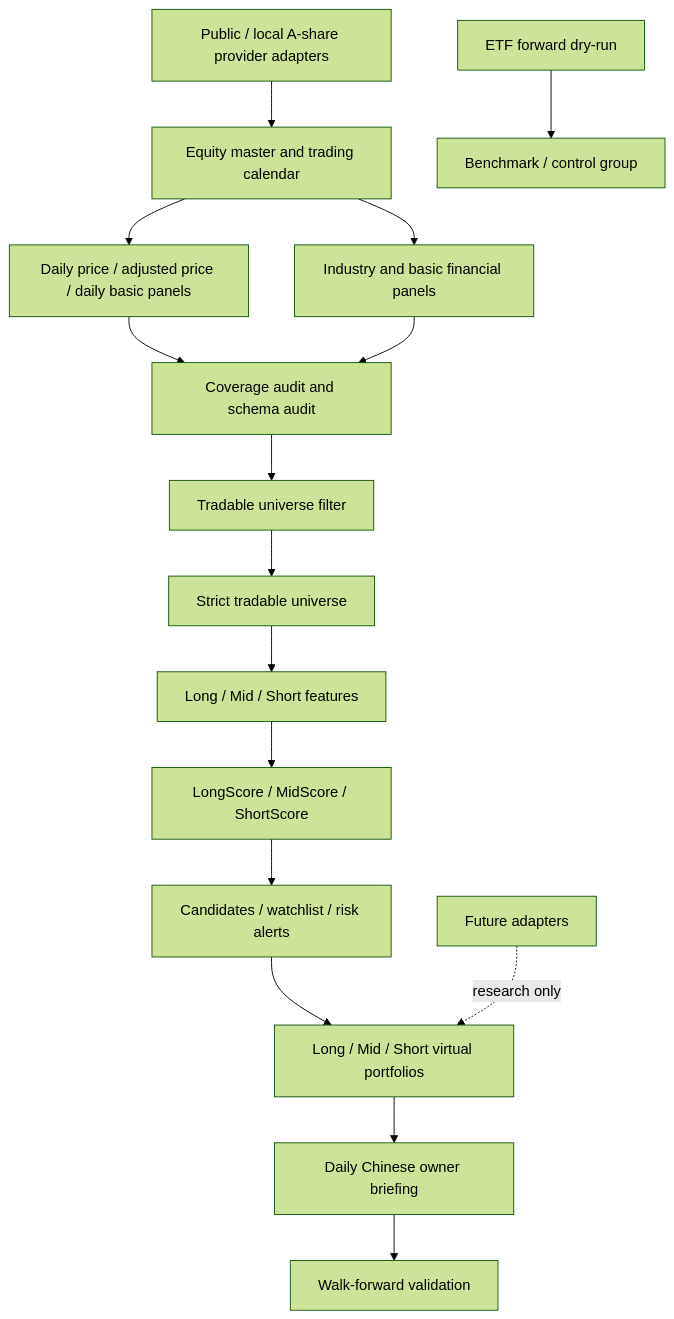
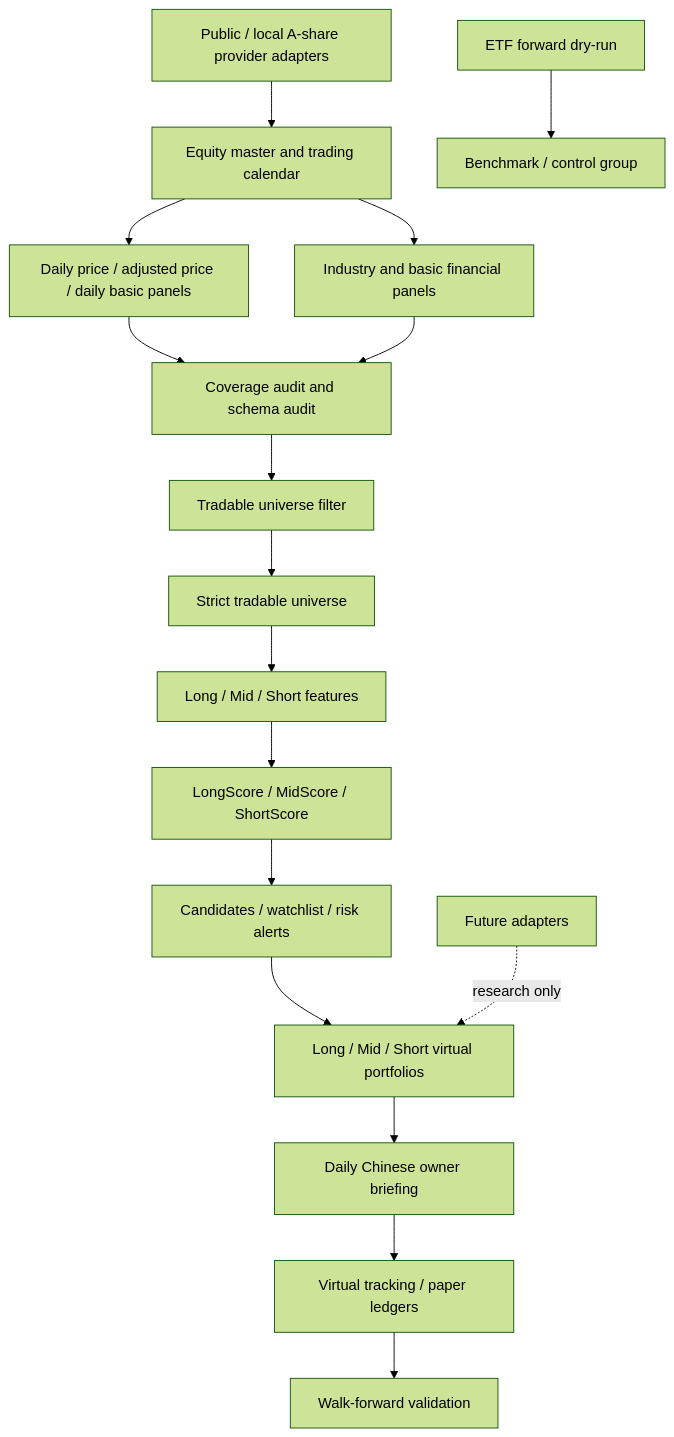
The diagram in docs/V0_7_ARCHITECTURE.md (chuyc11/atlas-trading-core), drawn with Mermaid (forest theme) before and after one commit. The commit also changed other lines of this file and 21 other files, not shown here.

Commit message:
chore: release v0.7.8 A-share virtual portfolio tracking

````diff
--- a/docs/V0_7_ARCHITECTURE.md
+++ b/docs/V0_7_ARCHITECTURE.md
@@ -38,18 +40,19 @@
 ```mermaid
 flowchart TD
   P["Public / local A-share provider adapters"] --> U["Equity master and trading calendar"]
   U --> M["Daily price / adjusted price / daily basic panels"]
   U --> I["Industry and basic financial panels"]
   M --> Q["Coverage audit and schema audit"]
   I --> Q
   Q --> B["Tradable universe filter"]
   B --> C["Strict tradable universe"]
   C --> D0["Long / Mid / Short features"]
   D0 --> D["LongScore / MidScore / ShortScore"]
   D --> E["Candidates / watchlist / risk alerts"]
   E --> F["Long / Mid / Short virtual portfolios"]
   F --> G["Daily Chinese owner briefing"]
-  G --> H["Walk-forward validation"]
+  G --> T["Virtual tracking / paper ledgers"]
+  T --> H["Walk-forward validation"]
   X["ETF forward dry-run"] --> J["Benchmark / control group"]
   K["Future adapters"] -. "research only" .-> F
 ```
````
